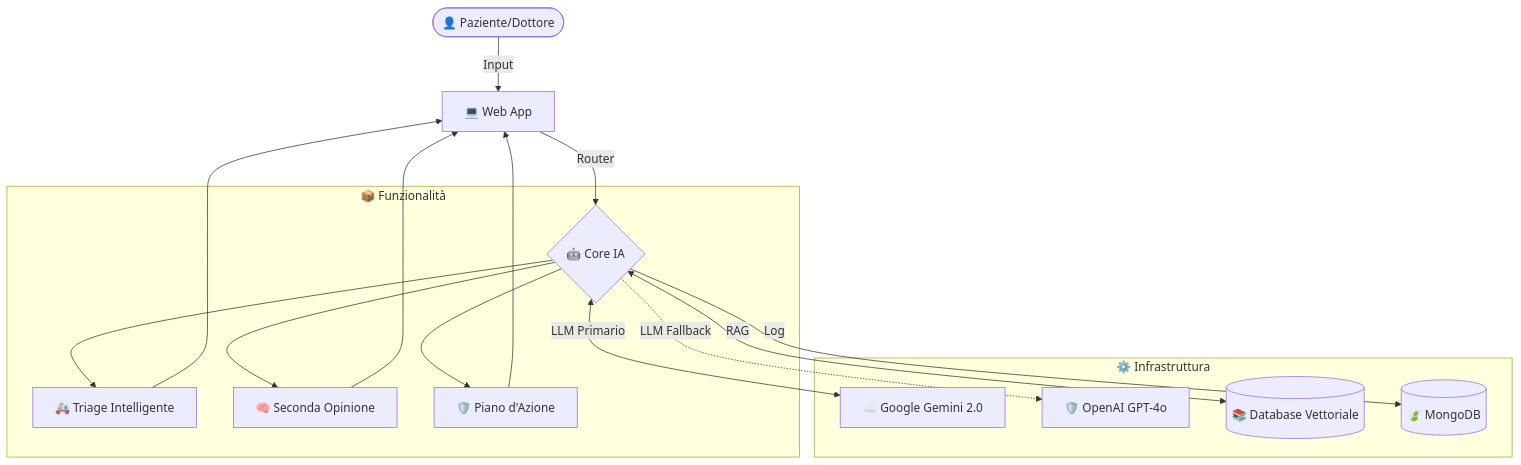
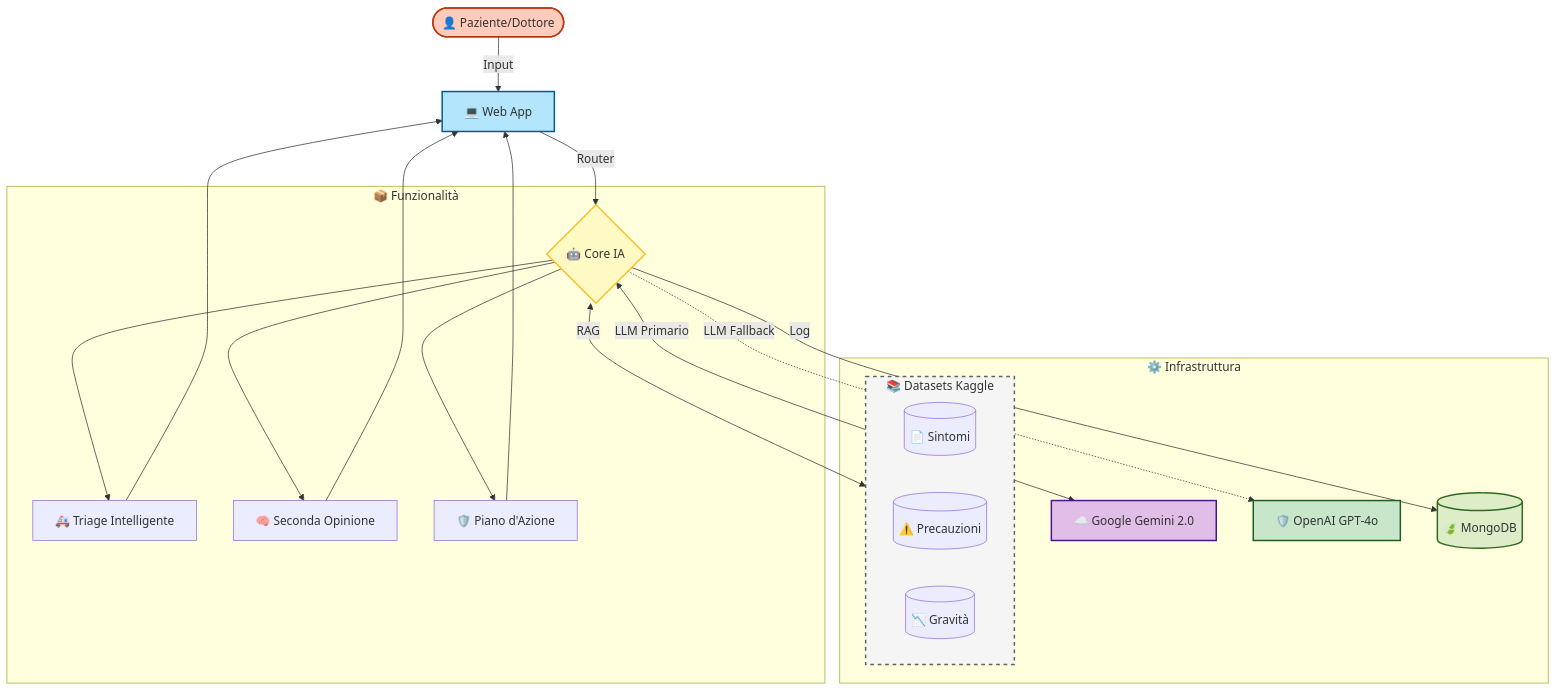
The fourth of 8 diagrams in README.md (Adam-Blf/Projet-IA-Generative-Doctis-AI-mo), drawn with Mermaid before and after one commit. The commit also changed other lines of this file, not shown here.

Commit message:
Docs: Update Mermaid diagrams with specific datasets and colors

````diff
--- a/README.md
+++ b/README.md
@@ -312,20 +354,34 @@
 ```mermaid
 graph TD
     User([👤 Paziente/Dottore]) -->|Input| UI[💻 Web App];
     UI -->|Router| Agent{🤖 Core IA};
     
     subgraph Modules [📦 Funzionalità]
         Agent --> Triage[🚑 Triage Intelligente];
         Agent --> SecondOp[🧠 Seconda Opinione];
         Agent --> Plan[🛡️ Piano d'Azione];
     end
 
+    subgraph Data [📚 Datasets Kaggle]
+        D1[(📄 Sintomi)];
+        D2[(⚠️ Precauzioni)];
+        D3[(📉 Gravità)];
+    end
+
     subgraph Backend [⚙️ Infrastruttura]
         Agent <-->|LLM Primario| Gemini[☁️ Google Gemini 2.0];
         Agent -.->|LLM Fallback| GPT[🛡️ OpenAI GPT-4o];
-        Agent <-->|RAG| DB[(📚 Database Vettoriale)];
+        Agent <-->|RAG| Data;
         Agent -->|Log| Mongo[(🍃 MongoDB)];
     end
     
     Triage & SecondOp & Plan --> UI;
+    
+    style User fill:#ffccbc,stroke:#bf360c,stroke-width:2px;
+    style UI fill:#b3e5fc,stroke:#01579b,stroke-width:2px;
+    style Agent fill:#fff9c4,stroke:#fbc02d,stroke-width:2px;
+    style Gemini fill:#e1bee7,stroke:#4a148c,stroke-width:2px;
+    style GPT fill:#c8e6c9,stroke:#1b5e20,stroke-width:2px;
+    style Mongo fill:#dcedc8,stroke:#33691e,stroke-width:2px;
+    style Data fill:#f5f5f5,stroke:#616161,stroke-width:2px,stroke-dasharray: 5 5;
 ```
````
